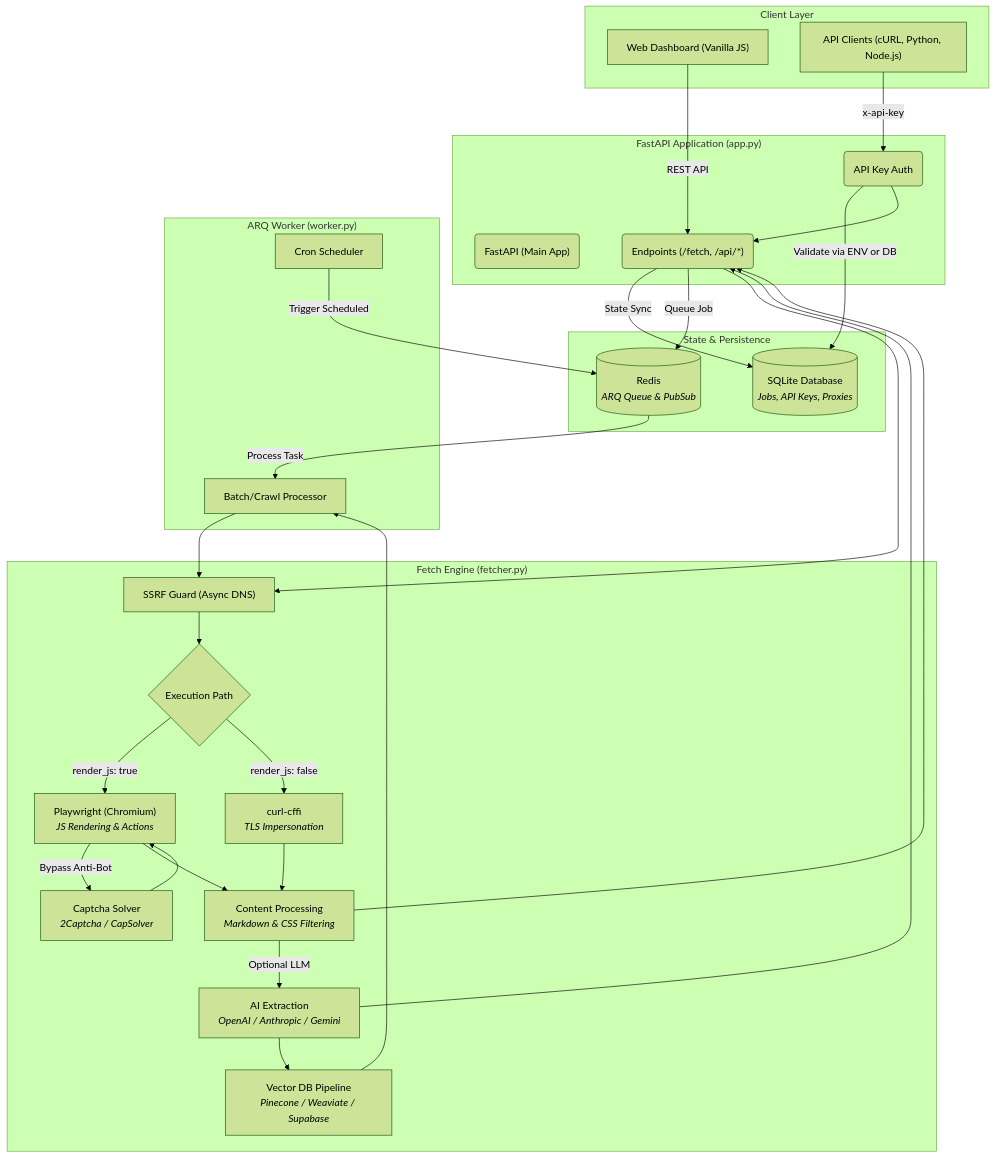
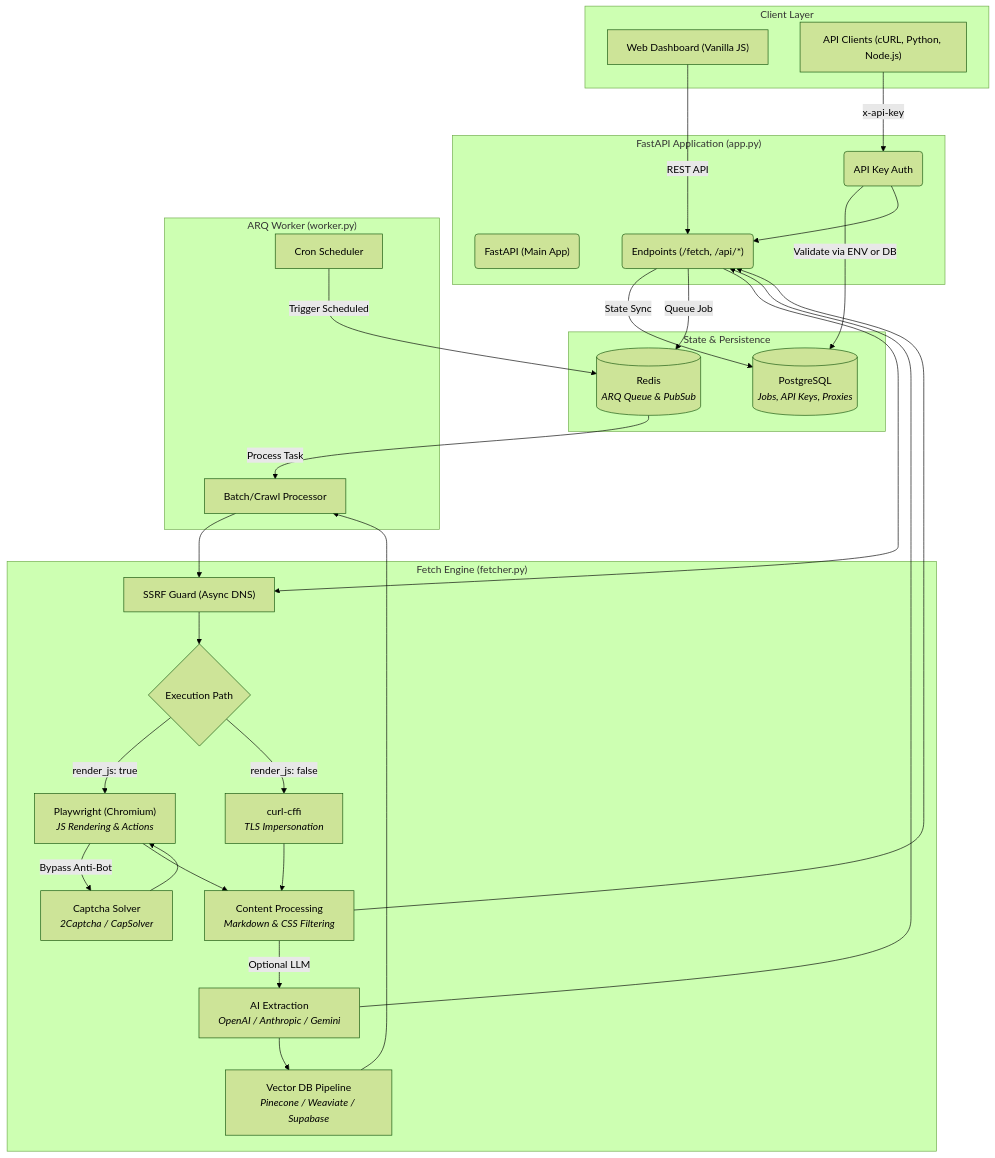
The first of 2 diagrams in README.md (Tejas3479/crawlix), drawn with Mermaid (forest theme) before and after one commit. The commit also changed other lines of this file and 2 other files, not shown here.

Commit message:
fix(infra): replace SQLite with PostgreSQL for multi-process safety
- Add PostgreSQL 16 service with health check to docker-compose.yml
- Both web and worker now use postgresql+asyncpg:// connection string
- Add production pool settings (pool_size=10, max_overflow=20, pool_pre_ping)
- Services wait for PostgreSQL health check before starting
- Update README architecture diagrams to reflect PostgreSQL
- data_volume retained for batch export files
- asyncpg was already in requirements.txt
- SQLite fallback preserved for local dev (DATABASE_URL default)

````diff
--- a/README.md
+++ b/README.md
@@ -161,57 +161,57 @@
 ```mermaid
 flowchart TD
     subgraph Client["Client Layer"]
         UI["Web Dashboard (Vanilla JS)"]
         API_CLIENT["API Clients (cURL, Python, Node.js)"]
     end
 
     subgraph Server["FastAPI Application (app.py)"]
         FASTAPI("FastAPI (Main App)")
         ROUTES("Endpoints (/fetch, /api/*)")
         AUTH("API Key Auth")
     end
     
     subgraph Storage["State & Persistence"]
-        DB[("SQLite Database<br/><i>Jobs, API Keys, Proxies</i>")]
+        DB[("PostgreSQL<br/><i>Jobs, API Keys, Proxies</i>")]
         REDIS[("Redis<br/><i>ARQ Queue & PubSub</i>")]
     end
 
     subgraph Background["ARQ Worker (worker.py)"]
         CRON["Cron Scheduler"]
         BATCH["Batch/Crawl Processor"]
     end
 
     subgraph Engine["Fetch Engine (fetcher.py)"]
         SSRF["SSRF Guard (Async DNS)"]
         ROUTER{"Execution Path"}
         PW["Playwright (Chromium)<br/><i>JS Rendering & Actions</i>"]
         CURL["curl-cffi<br/><i>TLS Impersonation</i>"]
         CAPTCHA["Captcha Solver<br/><i>2Captcha / CapSolver</i>"]
         PROCESS["Content Processing<br/><i>Markdown & CSS Filtering</i>"]
         LLM["AI Extraction<br/><i>OpenAI / Anthropic / Gemini</i>"]
         VECTOR["Vector DB Pipeline<br/><i>Pinecone / Weaviate / Supabase</i>"]
     end
 
     UI -->|REST API| ROUTES
     API_CLIENT -->|x-api-key| AUTH
     AUTH -->|Validate via ENV or DB| DB
     AUTH --> ROUTES
     ROUTES -->|State Sync| DB
     ROUTES -->|Queue Job| REDIS
     REDIS -->|Process Task| BATCH
     CRON -->|Trigger Scheduled| REDIS
     ROUTES --> SSRF
     BATCH --> SSRF
     SSRF --> ROUTER
     ROUTER -->|render_js: true| PW
     ROUTER -->|render_js: false| CURL
     PW -->|Bypass Anti-Bot| CAPTCHA
     CAPTCHA --> PW
     PW --> PROCESS
     CURL --> PROCESS
     PROCESS -->|Optional LLM| LLM
     LLM --> VECTOR
     LLM --> ROUTES
     PROCESS --> ROUTES
     VECTOR --> BATCH
 ```
````
